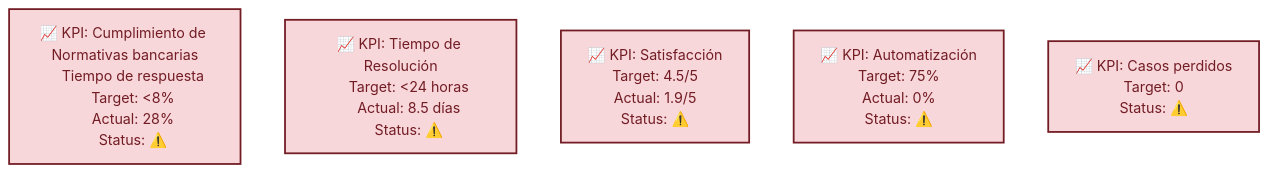
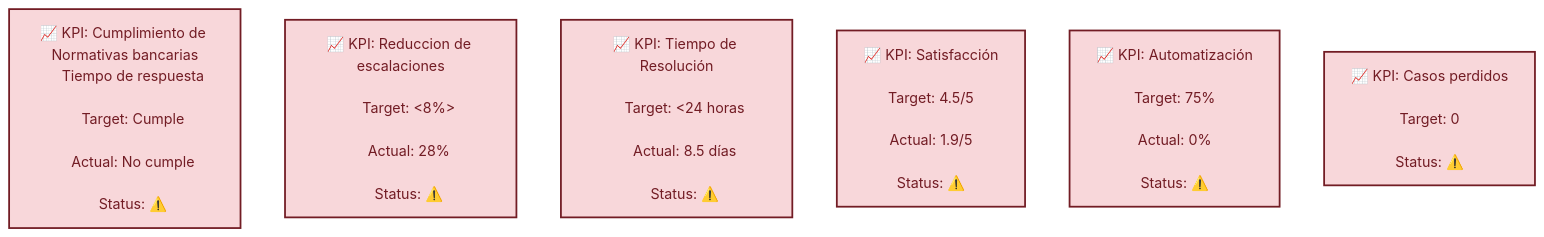
The first of 4 diagrams in docs/index.md (fgomezman/Sisto-Bank-Proposal), drawn with Mermaid before and after one commit. The commit also changed other lines of this file and 4 other files, not shown here.

````diff
--- a/docs/index.md
+++ b/docs/index.md
@@ -5,35 +5,38 @@
 ```mermaid
----
-config:
-  layout: dagre
----
+%%{init: {'flowchart': {'layout': 'dagre'}}}%%
+
 flowchart TB
     KPI5["📈 KPI: Cumplimiento de Normativas bancarias
-    Tiempo de respuesta
-    Target: &lt;8%
-    Actual: 28%
+    Tiempo de respuesta<br/>
+    Target: Cumple<br/>
+    Actual: No cumple<br/>
     Status: ⚠️"]
-    KPI1["📈 KPI: Tiempo de Resolución
-    Target: &lt;24 horas
-    Actual: 8.5 días
+    KPI6["📈 KPI: Reduccion de escalaciones<br/>
+    Target: <8%><br/>
+    Actual: 28%<br/>
     Status: ⚠️"]
-    KPI2["📈 KPI: Satisfacción
-    Target: 4.5/5
-    Actual: 1.9/5
+    KPI1["📈 KPI: Tiempo de Resolución<br/>
+    Target: &lt;24 horas<br/>
+    Actual: 8.5 días<br/>
     Status: ⚠️"]
-    KPI3["📈 KPI: Automatización
-    Target: 75%
-    Actual: 0%
+    KPI2["📈 KPI: Satisfacción<br/>
+    Target: 4.5/5<br/>
+    Actual: 1.9/5<br/>
     Status: ⚠️"]
-    KPI4["📈 KPI: Casos perdidos
-    Target: 0
+    KPI3["📈 KPI: Automatización<br/>
+    Target: 75%<br/>
+    Actual: 0%<br/>
+    Status: ⚠️"]
+    KPI4["📈 KPI: Casos perdidos<br/>
+    Target: 0<br/>
     Status: ⚠️"]
 
 
      KPI1:::warning
      KPI2:::warning
      KPI3:::warning
      KPI4:::warning
      KPI5:::warning
+     KPI6:::warning
     classDef warning fill:#F8D7DA,stroke:#721C24,stroke-width:2px,color:#721C24
 ```
````
